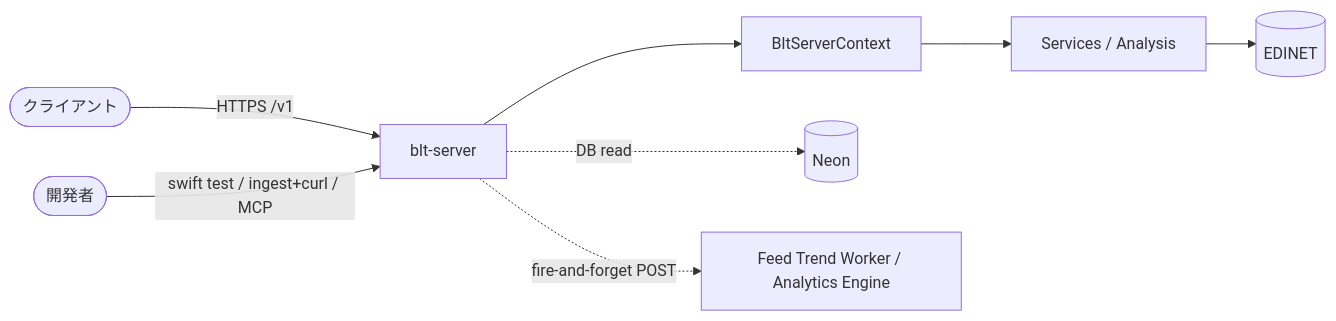
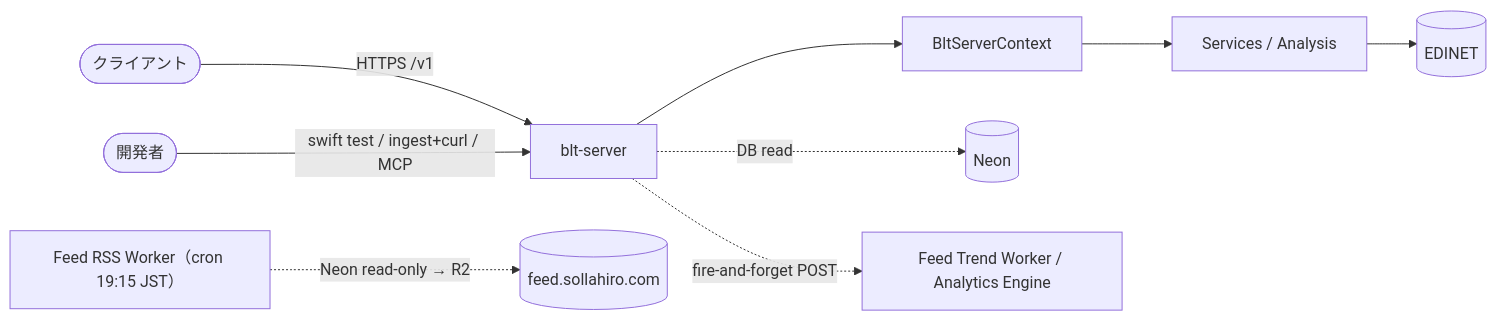
One commit to sollahiro/blue-ticker changed the second of 2 diagrams in docs/architecture.md. Above: the diagram before and after it, drawn with Mermaid. The commit also changed other lines of this file and 17 other files, not shown here.

First line of the commit message:
Add daily static RSS feed of listed EDINET filings (Cron Worker → R2) (#487)

````diff
--- a/docs/architecture.md
+++ b/docs/architecture.md
@@ -100,10 +100,11 @@
 ```mermaid
 flowchart LR
     user(["クライアント"]) -->|"HTTPS /v1"| server["blt-server"]
     dev(["開発者"]) -->|"swift test / ingest+curl / MCP"| server
     server --> facade["BltServerContext"]
     facade --> svc["Services / Analysis"]
     svc --> edinet[("EDINET")]
     server -.->|DB read| pg[("Neon")]
     server -.->|"fire-and-forget POST"| trend["Feed Trend Worker / Analytics Engine"]
+    rss["Feed RSS Worker（cron 19:15 JST）"] -.->|"Neon read-only → R2"| r2[("feed.sollahiro.com")]
 ```
````
